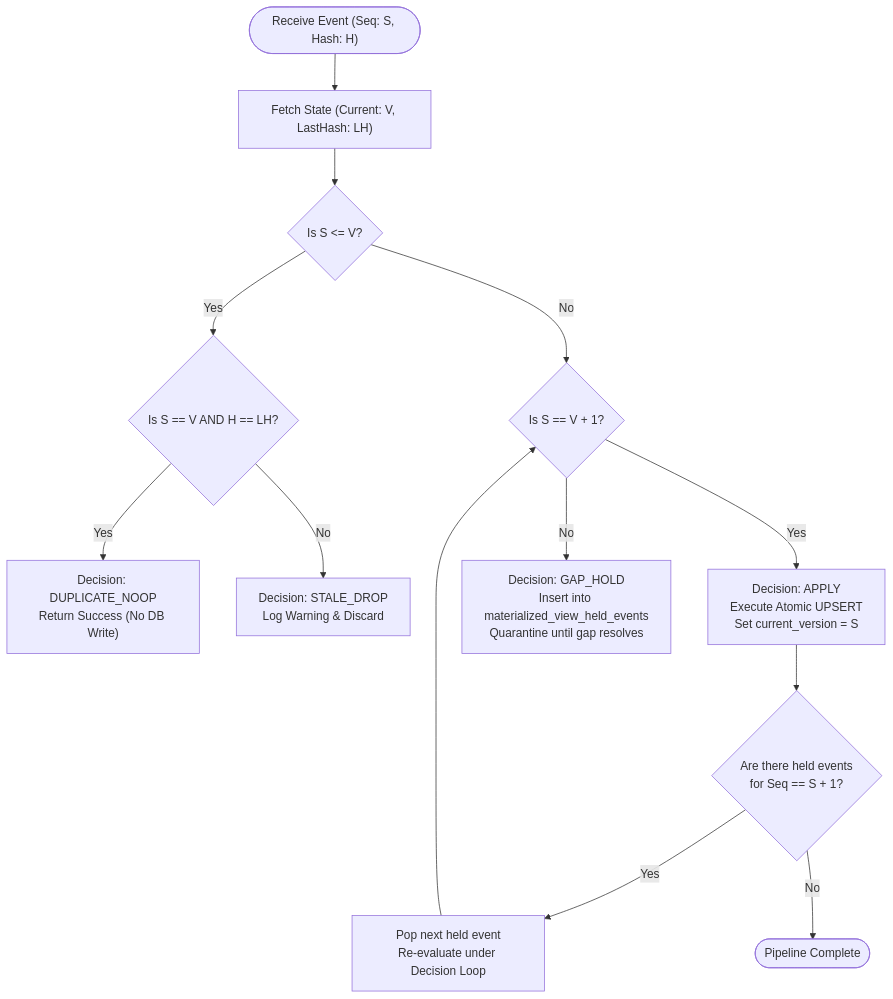
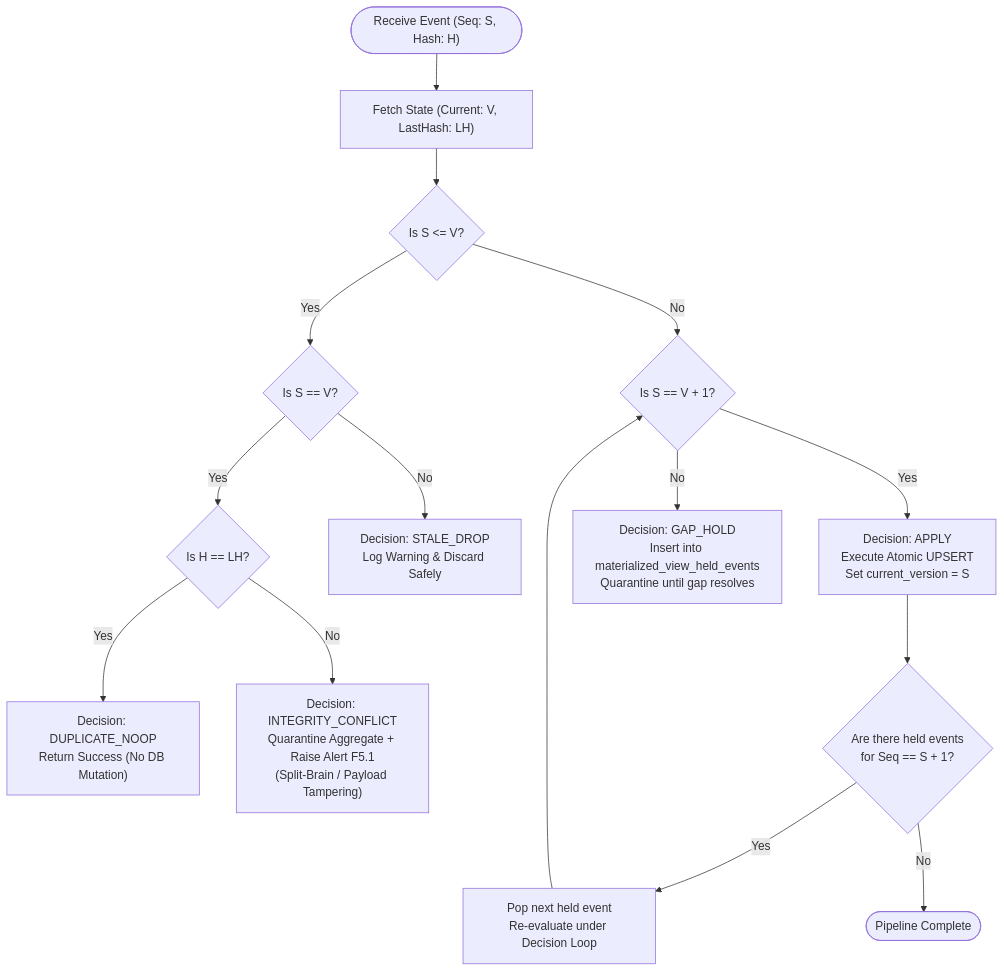
Before and after one commit to Chief-Strategist-J/event-driven-platform: the second of 9 diagrams in docs/features/materialized-views/diagrams.md, drawn with Mermaid. The commit also changed other lines of this file and 1 other file, not shown here.

Commit message:
docs(materialized-views): add exhaustive adr sections, blue-green ddl lock sequence, polyglot versioning and crypto-shredding diagrams

````diff
--- a/docs/features/materialized-views/diagrams.md
+++ b/docs/features/materialized-views/diagrams.md
@@ -52,18 +54,20 @@
 ```mermaid
 flowchart TD
     START(["Receive Event (Seq: S, Hash: H)"]) --> FETCH["Fetch State (Current: V, LastHash: LH)"]
     FETCH --> COND1{"Is S <= V?"}
 
-    COND1 -->|Yes| COND2{"Is S == V AND H == LH?"}
-    COND2 -->|Yes| RES_DUP["Decision: DUPLICATE_NOOP<br/>Return Success (No DB Write)"]
-    COND2 -->|No| RES_STALE["Decision: STALE_DROP<br/>Log Warning & Discard"]
+    COND1 -->|Yes| COND2{"Is S == V?"}
+    COND2 -->|Yes| COND_HASH{"Is H == LH?"}
+    COND_HASH -->|Yes| RES_DUP["Decision: DUPLICATE_NOOP<br/>Return Success (No DB Mutation)"]
+    COND_HASH -->|No| RES_INTEG["Decision: INTEGRITY_CONFLICT<br/>Quarantine Aggregate + Raise Alert F5.1<br/>(Split-Brain / Payload Tampering)"]
+    COND2 -->|No| RES_STALE["Decision: STALE_DROP<br/>Log Warning & Discard Safely"]
 
     COND1 -->|No| COND3{"Is S == V + 1?"}
     COND3 -->|Yes| RES_APPLY["Decision: APPLY<br/>Execute Atomic UPSERT<br/>Set current_version = S"]
     COND3 -->|No| RES_GAP["Decision: GAP_HOLD<br/>Insert into materialized_view_held_events<br/>Quarantine until gap resolves"]
 
     RES_APPLY --> CHECK_HELD{"Are there held events<br/>for Seq == S + 1?"}
     CHECK_HELD -->|Yes| PROCESS_HELD["Pop next held event<br/>Re-evaluate under Decision Loop"]
     CHECK_HELD -->|No| COMPLETE(["Pipeline Complete"])
     PROCESS_HELD --> COND3
 ```
````
